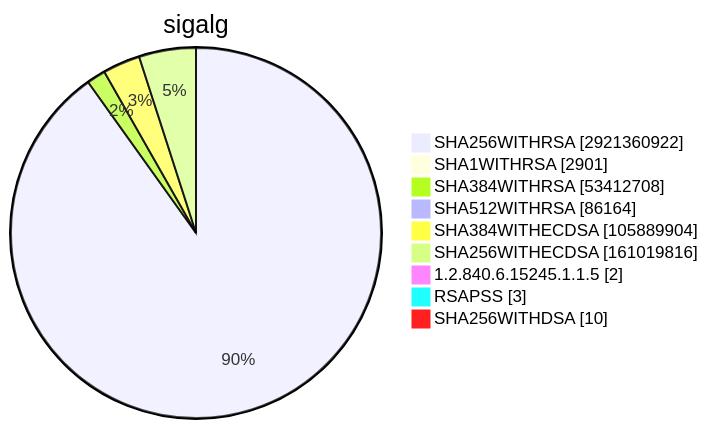
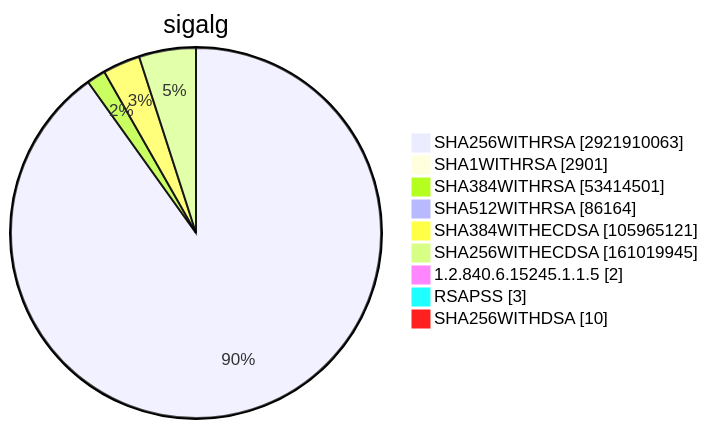
One commit to christiankrug/ctmonitor_visualization changed diagram 15 of 15 in TOTAL/README.md. Above: the diagram before and after it, drawn with Mermaid. The commit also changed other lines of this file, not shown here.

````diff
--- a/TOTAL/README.md
+++ b/TOTAL/README.md
@@ -6207,13 +6207,13 @@
 ```mermaid
 pie showData
 title sigalg
-"SHA256WITHRSA" :2921360922
+"SHA256WITHRSA" :2921910063
 "SHA1WITHRSA" :2901
-"SHA384WITHRSA" :53412708
+"SHA384WITHRSA" :53414501
 "SHA512WITHRSA" :86164
-"SHA384WITHECDSA" :105889904
-"SHA256WITHECDSA" :161019816
+"SHA384WITHECDSA" :105965121
+"SHA256WITHECDSA" :161019945
 "1.2.840.6.15245.1.1.5" :2
 "RSAPSS" :3
 "SHA256WITHDSA" :10
 ```
````
